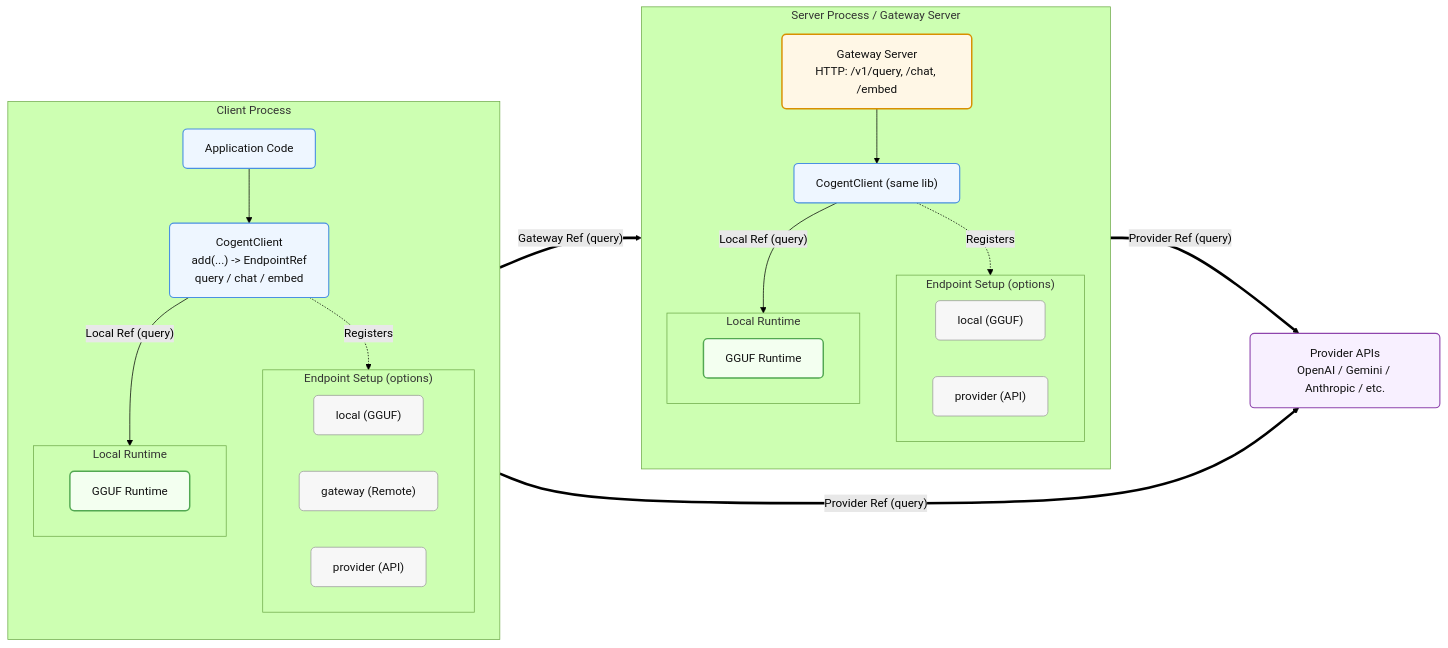
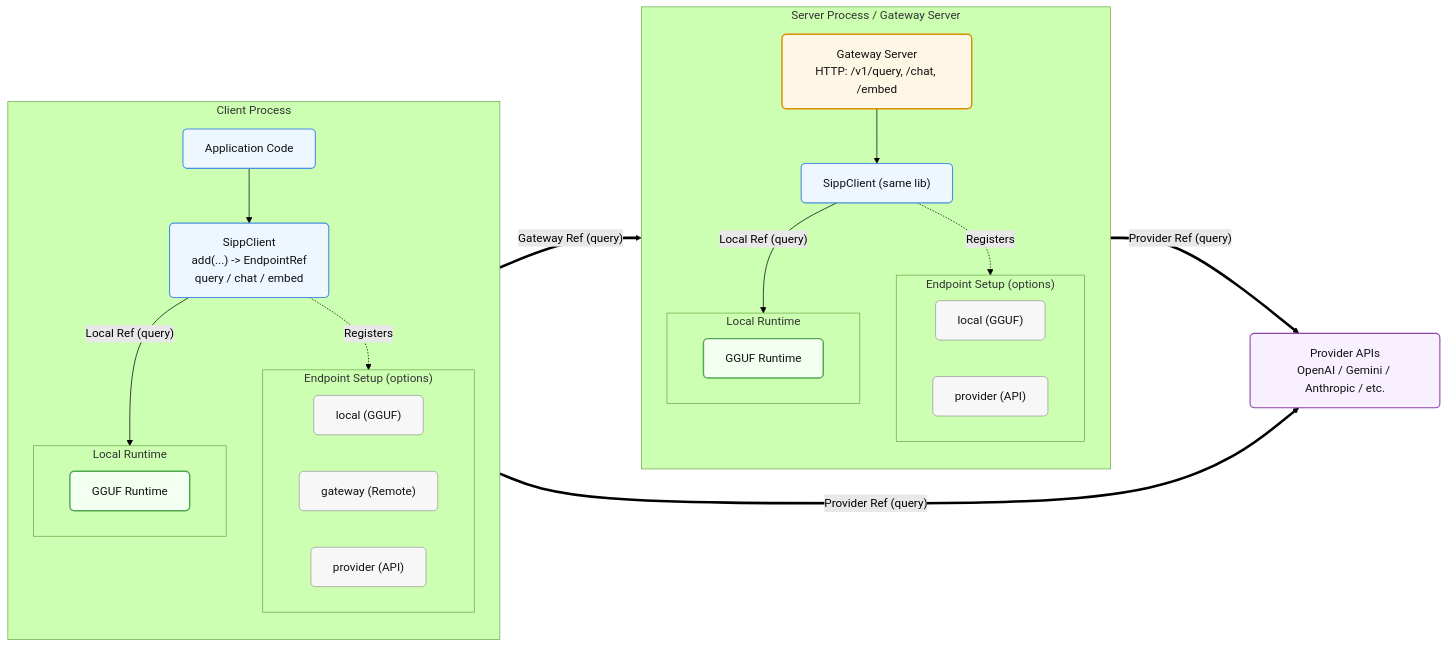
Before and after one commit to noumena-labs/Sipp: the diagram in docs/api/README.md, drawn with Mermaid (forest theme). The commit also changed other lines of this file and 769 other files, not shown here.

```diff
--- a/docs/api/README.md
+++ b/docs/api/README.md
@@ -278,7 +278,7 @@
     subgraph CLIENT["Client Process"]
         direction TB
         CApp["Application Code"]:::client_node
-        CClient["CogentClient<br/>add(...) -> EndpointRef<br/>query / chat / embed"]:::client_node
+        CClient["SippClient<br/>add(...) -> EndpointRef<br/>query / chat / embed"]:::client_node
         CApp --> CClient
 
         %% Logical grouping for endpoint registration options
@@ -306,7 +306,7 @@
     subgraph SERVER["Server Process / Gateway Server"]
         direction TB
         SGateway["Gateway Server<br/>HTTP: /v1/query, /chat, /embed"]:::gateway_node
-        SClient["CogentClient (same lib)"]:::client_node
+        SClient["SippClient (same lib)"]:::client_node
         SGateway --> SClient
 
         %% Logical grouping for endpoint registration options
```
